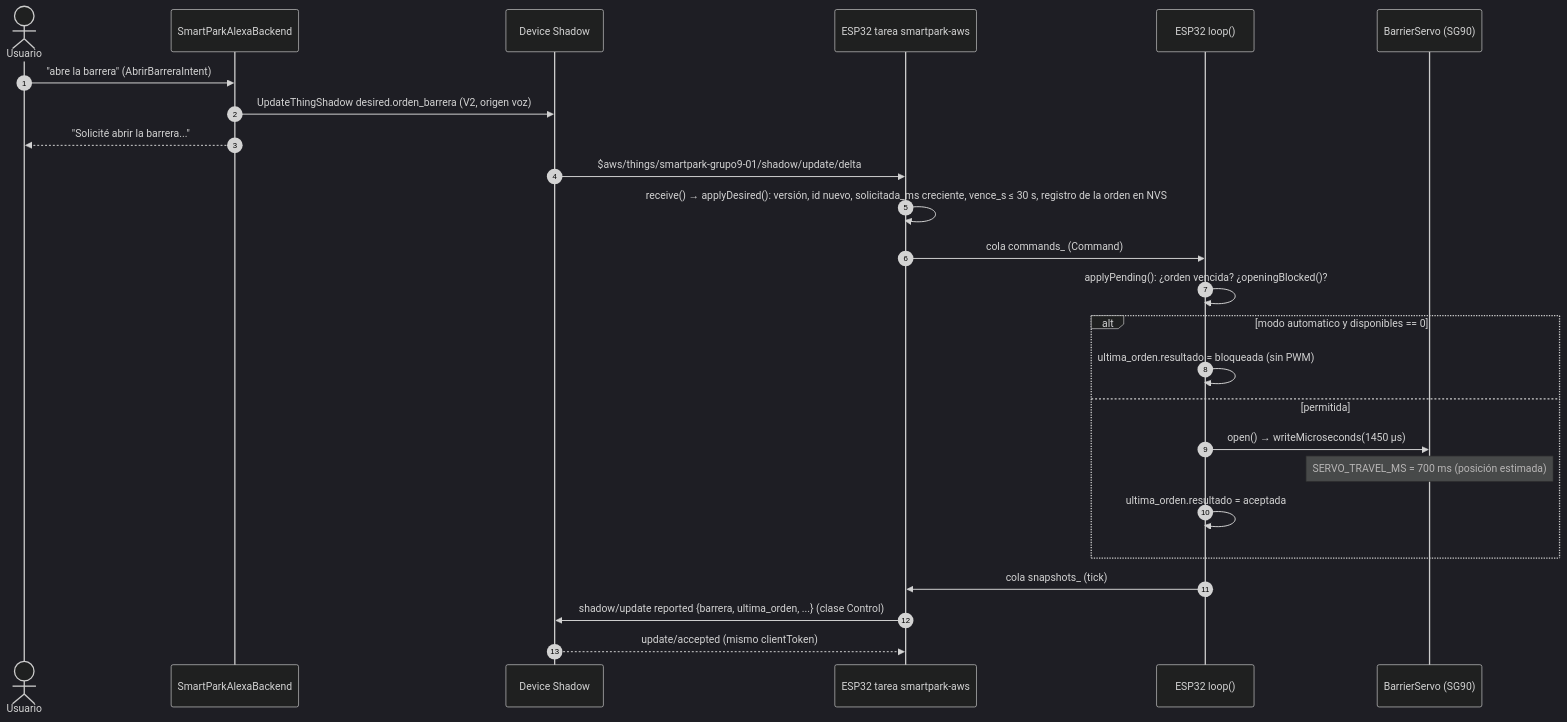
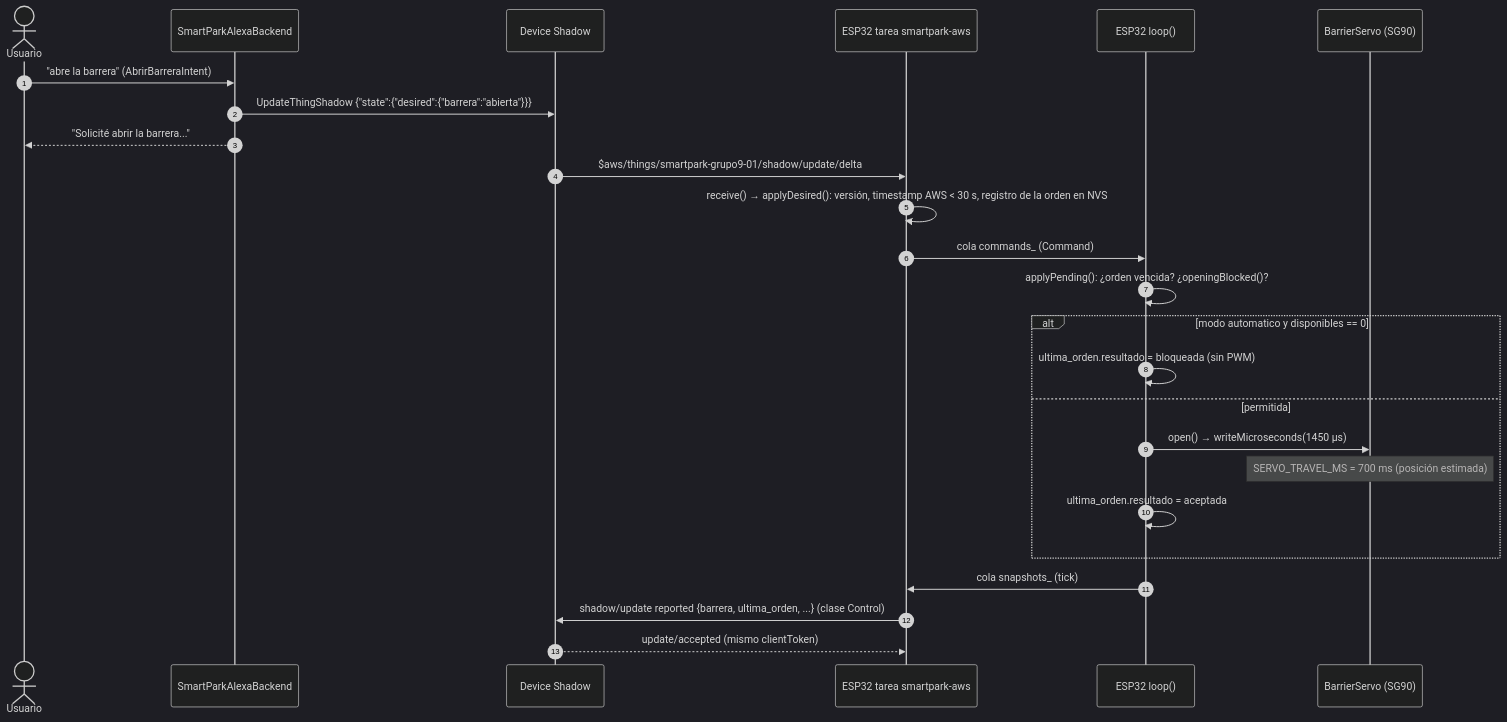
Before and after one commit to ciriarte-dev/smartpark-iot-practice-4-aws-alexa: the fifth of 13 diagrams in docs/informe-practica-4.md, drawn with Mermaid (dark theme). The commit also changed other lines of this file and 2 other files, not shown here.

````diff
--- a/docs/informe-practica-4.md
+++ b/docs/informe-practica-4.md
@@ -453,27 +453,27 @@
 ```mermaid
 sequenceDiagram
     autonumber
     actor U as Usuario
     participant LA as SmartParkAlexaBackend
     participant SH as Device Shadow
     participant NET as ESP32 tarea smartpark-aws
     participant LP as ESP32 loop()
     participant SV as BarrierServo (SG90)
     U->>LA: "abre la barrera" (AbrirBarreraIntent)
-    LA->>SH: UpdateThingShadow desired.orden_barrera (V2, origen voz)
+    LA->>SH: UpdateThingShadow {"state":{"desired":{"barrera":"abierta"}}}
     LA-->>U: "Solicité abrir la barrera..."
     SH->>NET: $aws/things/smartpark-grupo9-01/shadow/update/delta
-    NET->>NET: receive() → applyDesired(): versión, id nuevo, solicitada_ms creciente, vence_s ≤ 30 s, registro de la orden en NVS
+    NET->>NET: receive() → applyDesired(): versión, timestamp AWS < 30 s, registro de la orden en NVS
     NET->>LP: cola commands_ (Command)
     LP->>LP: applyPending(): ¿orden vencida? ¿openingBlocked()?
     alt modo automatico y disponibles == 0
         LP->>LP: ultima_orden.resultado = bloqueada (sin PWM)
     else permitida
         LP->>SV: open() → writeMicroseconds(1450 µs)
         Note over SV: SERVO_TRAVEL_MS = 700 ms (posición estimada)
         LP->>LP: ultima_orden.resultado = aceptada
     end
     LP->>NET: cola snapshots_ (tick)
     NET->>SH: shadow/update reported {barrera, ultima_orden, ...} (clase Control)
     SH-->>NET: update/accepted (mismo clientToken)
 ```
````
